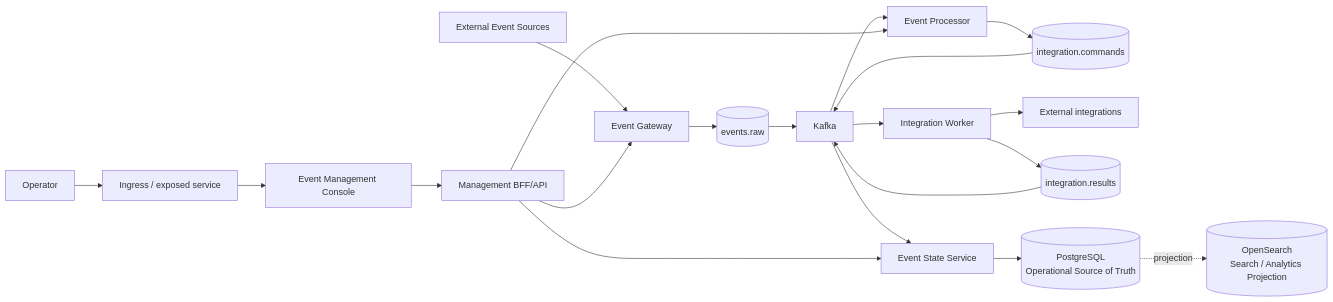
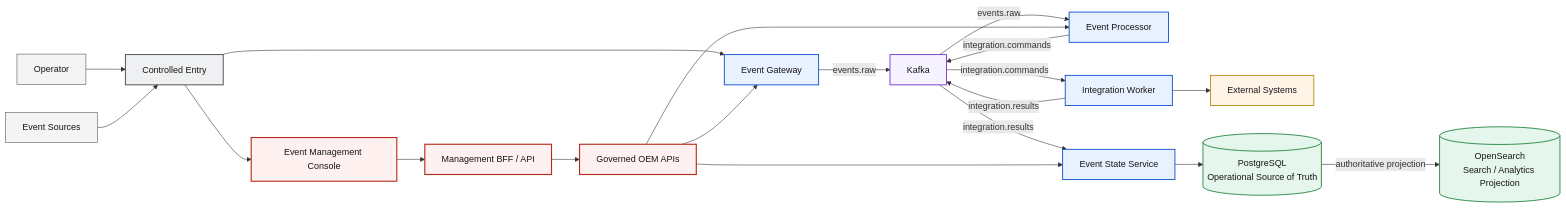
One commit to eventmgmtplatform/docs changed the third of 3 diagrams in docs/architecture/d2-kvm-kubernetes-target.md. Above: the diagram before and after it, drawn with Mermaid. The commit also changed other lines of this file and 4 other files, not shown here.

Commit message:
docs(architecture): redesign D2 Kubernetes deployment architecture

````diff
--- a/docs/architecture/d2-kvm-kubernetes-target.md
+++ b/docs/architecture/d2-kvm-kubernetes-target.md
@@ -83,14 +230,31 @@
 ```mermaid
 flowchart LR
-  OP[Operator] --> IN[Ingress / exposed service] --> CON[Event Management Console] --> BFF[Management BFF/API]
-  SRC[External Event Sources] --> GATE[Event Gateway] --> RAW[(events.raw)] --> K[Kafka]
-  K --> EP[Event Processor]
-  EP --> CMD[(integration.commands)] --> K
-  K --> IW[Integration Worker] --> EXT[External integrations]
-  IW --> RES[(integration.results)] --> K
-  K --> ESS[Event State Service] --> PG[(PostgreSQL\nOperational Source of Truth)]
-  PG -. projection .-> OS[(OpenSearch\nSearch / Analytics Projection)]
-  BFF --> GATE
-  BFF --> EP
-  BFF --> ESS
+  OP[Operator] --> ENTRY[Controlled Entry] --> CON[Event Management Console] --> BFF[Management BFF / API] --> APIS[Governed OEM APIs]
+  SRC[Event Sources] --> ENTRY --> GATE[Event Gateway] -->|events.raw| K[Kafka]
+  K -->|events.raw| EP[Event Processor]
+  EP -->|integration.commands| K
+  K -->|integration.commands| IW[Integration Worker] --> EXT[External Systems]
+  IW -->|integration.results| K
+  K -->|integration.results| ESS[Event State Service]
+  ESS --> PG[(PostgreSQL<br/>Operational Source of Truth)]
+  PG -->|authoritative projection| OS[(OpenSearch<br/>Search / Analytics Projection)]
+  APIS --> GATE
+  APIS --> EP
+  APIS --> ESS
+
+  classDef external fill:#f4f4f4,stroke:#525252,color:#161616,stroke-width:1px;
+  classDef management fill:#fff1ef,stroke:#b72c1a,color:#161616,stroke-width:2px;
+  classDef application fill:#e8f1ff,stroke:#0043ce,color:#161616,stroke-width:1.5px;
+  classDef messaging fill:#f6f2ff,stroke:#6929c4,color:#161616,stroke-width:1.5px;
+  classDef data fill:#e5f6ec,stroke:#198038,color:#161616,stroke-width:1.5px;
+  classDef integration fill:#fff4e6,stroke:#b28600,color:#161616,stroke-width:1.5px;
+  classDef infrastructure fill:#eef0f2,stroke:#393939,color:#161616,stroke-width:1.5px;
+
+  class OP,SRC external;
+  class CON,BFF,APIS management;
+  class GATE,EP,IW,ESS application;
+  class K messaging;
+  class PG,OS data;
+  class EXT integration;
+  class ENTRY infrastructure;
 ```
````
